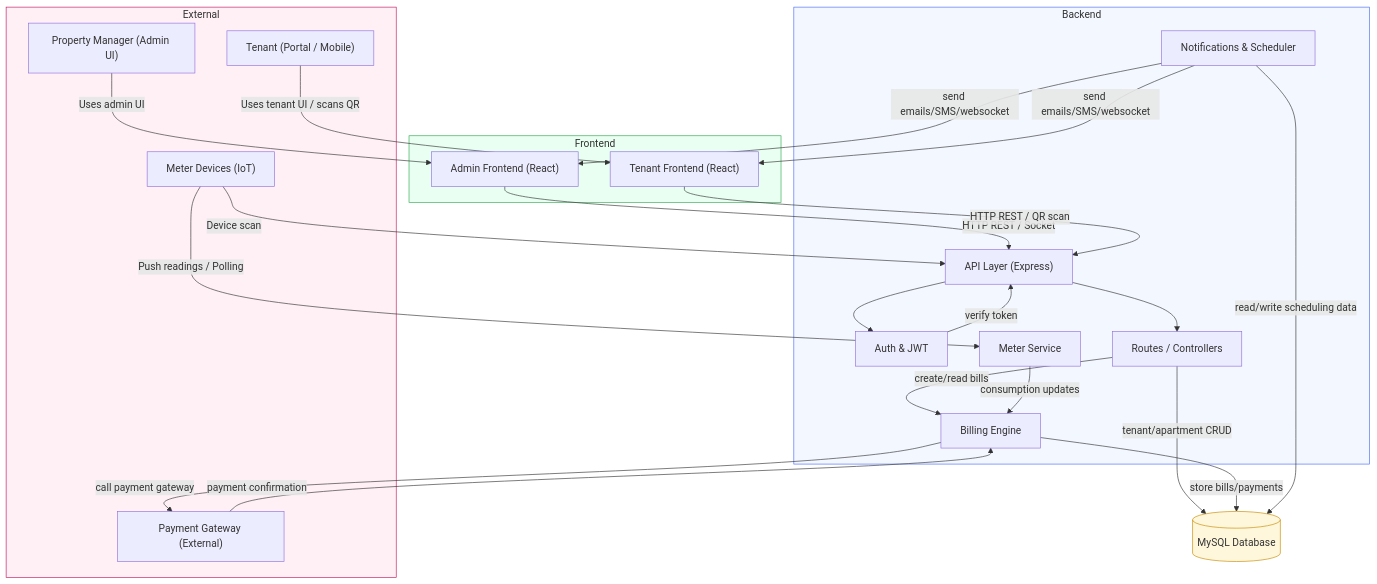
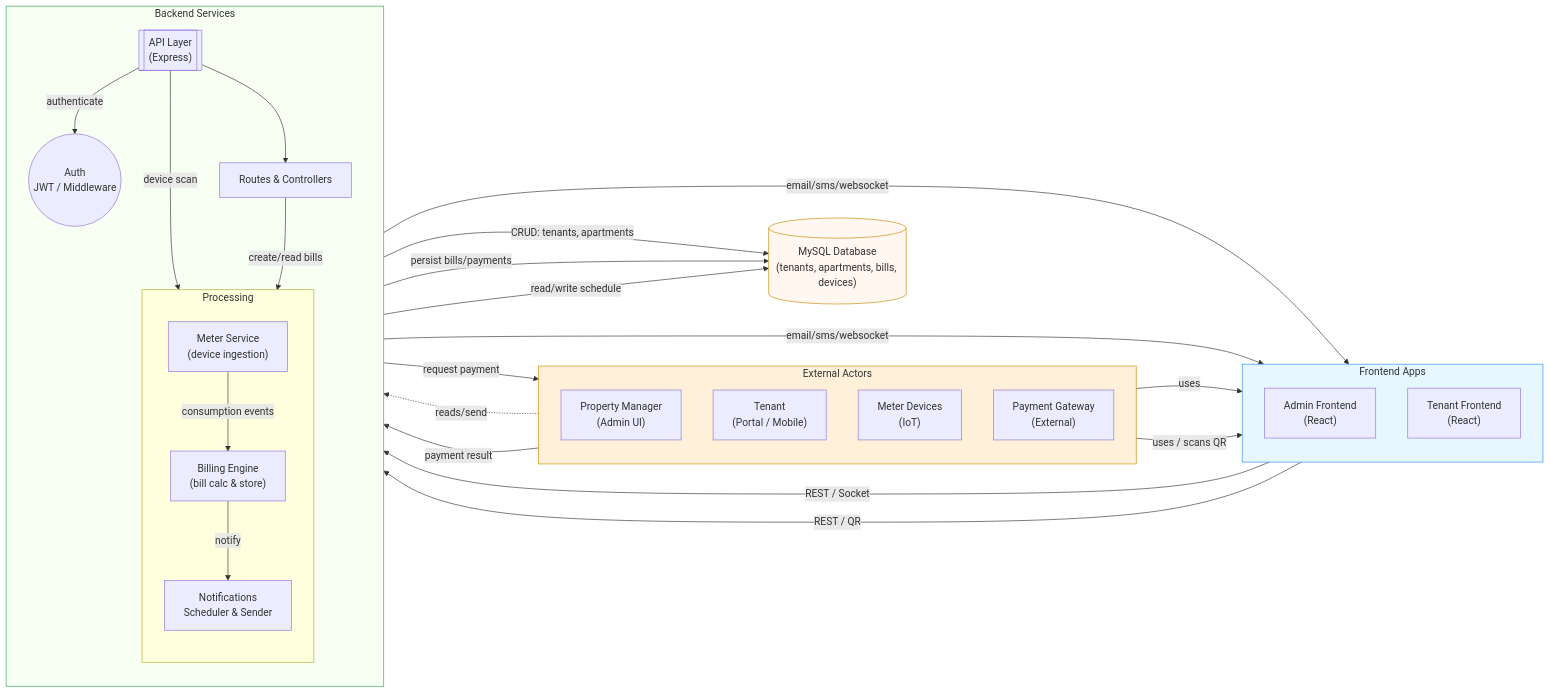
One commit to kenyy8/AMS changed the diagram in docs/system-flowchart.mmd. Above: the diagram before and after it, drawn with Mermaid. The commit also changed 2 other files, not shown here.

Commit message:
docs: improve system flowchart layout and styling

```diff
--- a/docs/system-flowchart.mmd
+++ b/docs/system-flowchart.mmd
@@ -1,55 +1,74 @@
-%% System Flowchart - Smart Apartment Management System
-flowchart TB
-  subgraph External
-    PM["Property Manager (Admin UI)"]
-    TEN["Tenant (Portal / Mobile)"]
-    MTR["Meter Devices (IoT)"]
-    PG["Payment Gateway (External)"]
+%% System Flowchart - Smart Apartment Management System (clean layout)
+flowchart LR
+
+  %% External actors
+  subgraph EXT [External Actors]
+    direction TB
+    PM["Property Manager\n(Admin UI)"]
+    TEN["Tenant\n(Portal / Mobile)"]
+    MTR["Meter Devices\n(IoT)"]
+    PG["Payment Gateway\n(External)"]
   end
 
-  subgraph Frontend
-    FE1["Admin Frontend (React)"]
-    FE2["Tenant Frontend (React)"]
+  %% Frontends
+  subgraph FE [Frontend Apps]
+    direction TB
+    FE1["Admin Frontend\n(React)"]
+    FE2["Tenant Frontend\n(React)"]
   end
 
-  subgraph Backend
-    API["API Layer (Express)"]
-    AUTH["Auth & JWT"]
-    BILLS["Billing Engine"]
-    METER["Meter Service"]
-    NOTIF["Notifications & Scheduler"]
-    ROUTES["Routes / Controllers"]
+  %% Backend modules grouped
+  subgraph BE [Backend Services]
+    direction TB
+    API[["API Layer\n(Express)"]]
+    AUTH(("Auth\nJWT / Middleware"))
+    ROUTES["Routes & Controllers"]
+    subgraph BE_SIDE [Processing]
+      direction TB
+      METER["Meter Service\n(device ingestion)"]
+      BILLS["Billing Engine\n(bill calc & store)"]
+      NOTIF["Notifications\nScheduler & Sender"]
+    end
   end
 
-  DB[("MySQL Database")]
+  DB[("MySQL Database\n(tenants, apartments, bills, devices)")]
 
-  PM -->|"Uses admin UI"| FE1
-  TEN -->|"Uses tenant UI / scans QR"| FE2
+  %% Layout and flows
+  PM -->|"uses"| FE1
+  TEN -->|"uses / scans QR"| FE2
 
-  FE1 -->|"HTTP REST / Socket"| API
-  FE2 -->|"HTTP REST / QR scan"| API
+  FE1 -->|"REST / Socket"| API
+  FE2 -->|"REST / QR"| API
 
-  MTR -->|"Push readings / Polling"| METER
-  MTR -->|"Device scan"| API
+  API -->|"authenticate"| AUTH
+  API --> ROUTES
+  ROUTES -->|"CRUD: tenants, apartments"| DB
 
-  API --> AUTH
-  AUTH -->|"verify token"| API
+  MTR -.->|"reads/send"| METER
+  API -->|"device scan"| METER
+  METER -->|"consumption events"| BILLS
 
-  API --> ROUTES
-  ROUTES -->|"tenant/apartment CRUD"| DB
   ROUTES -->|"create/read bills"| BILLS
-  METER -->|"consumption updates"| BILLS
-  BILLS -->|"store bills/payments"| DB
-  BILLS -->|"call payment gateway"| PG
-  PG -->|"payment confirmation"| BILLS
-  NOTIF -->|"send emails/SMS/websocket"| FE1
-  NOTIF -->|"send emails/SMS/websocket"| FE2
-  NOTIF -->|"read/write scheduling data"| DB
+  BILLS -->|"persist bills/payments"| DB
+  BILLS -->|"request payment"| PG
+  PG -->|"payment result"| BILLS
 
-  style DB fill:#fff7db,stroke:#c68a00
-  style Backend fill:#f3f7ff,stroke:#4a6cf7
-  style Frontend fill:#e8fff1,stroke:#34a853
-  style External fill:#fff0f6,stroke:#c2185b
+  BILLS -->|"notify"| NOTIF
+  NOTIF -->|"email/sms/websocket"| FE1
+  NOTIF -->|"email/sms/websocket"| FE2
+  NOTIF -->|"read/write schedule"| DB
 
-%% Notes:
-%% - This flowchart focuses on high-level system modules and flows: UI -> API -> Controllers -> DB, with Meter Service and Billing Engine interacting and Notifications handling outbound messages.
+  %% Styling for a cleaner look
+  classDef actor fill:#fff0d9,stroke:#d08a00,stroke-width:1px
+  classDef frontend fill:#e6f7ff,stroke:#2b8cff,stroke-width:1px
+  classDef backend fill:#f6fff2,stroke:#34a853,stroke-width:1px
+  classDef db fill:#fff7f0,stroke:#c68a00,stroke-width:1px
+  class EXT actor
+  class FE frontend
+  class BE backend
+  class DB db
+
+  %% Make arrows straight and spaced
+  linkStyle default interpolate basis
+
+%% End of flowchart
```
